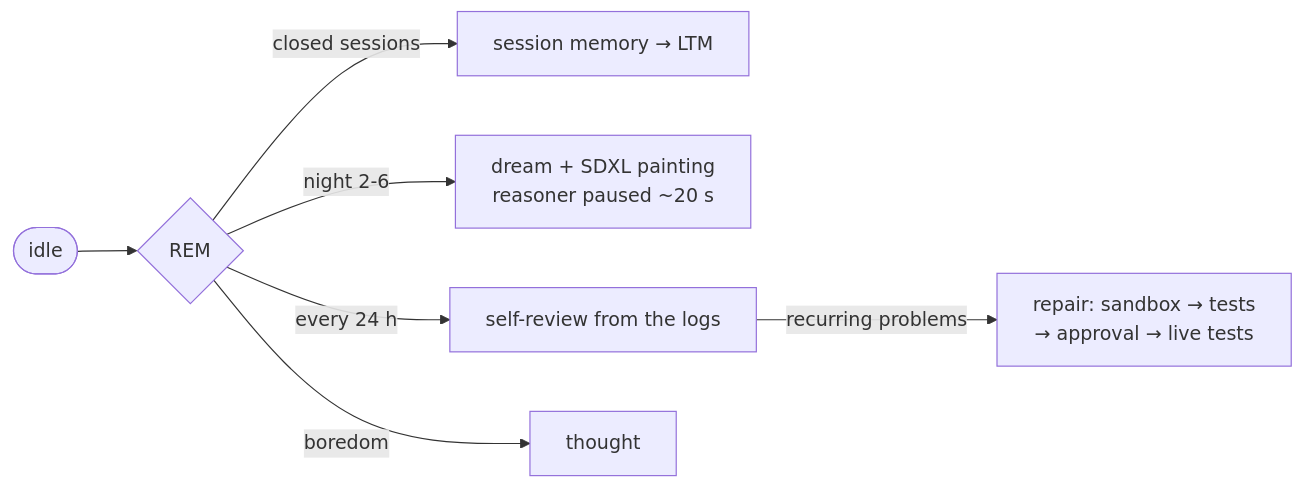
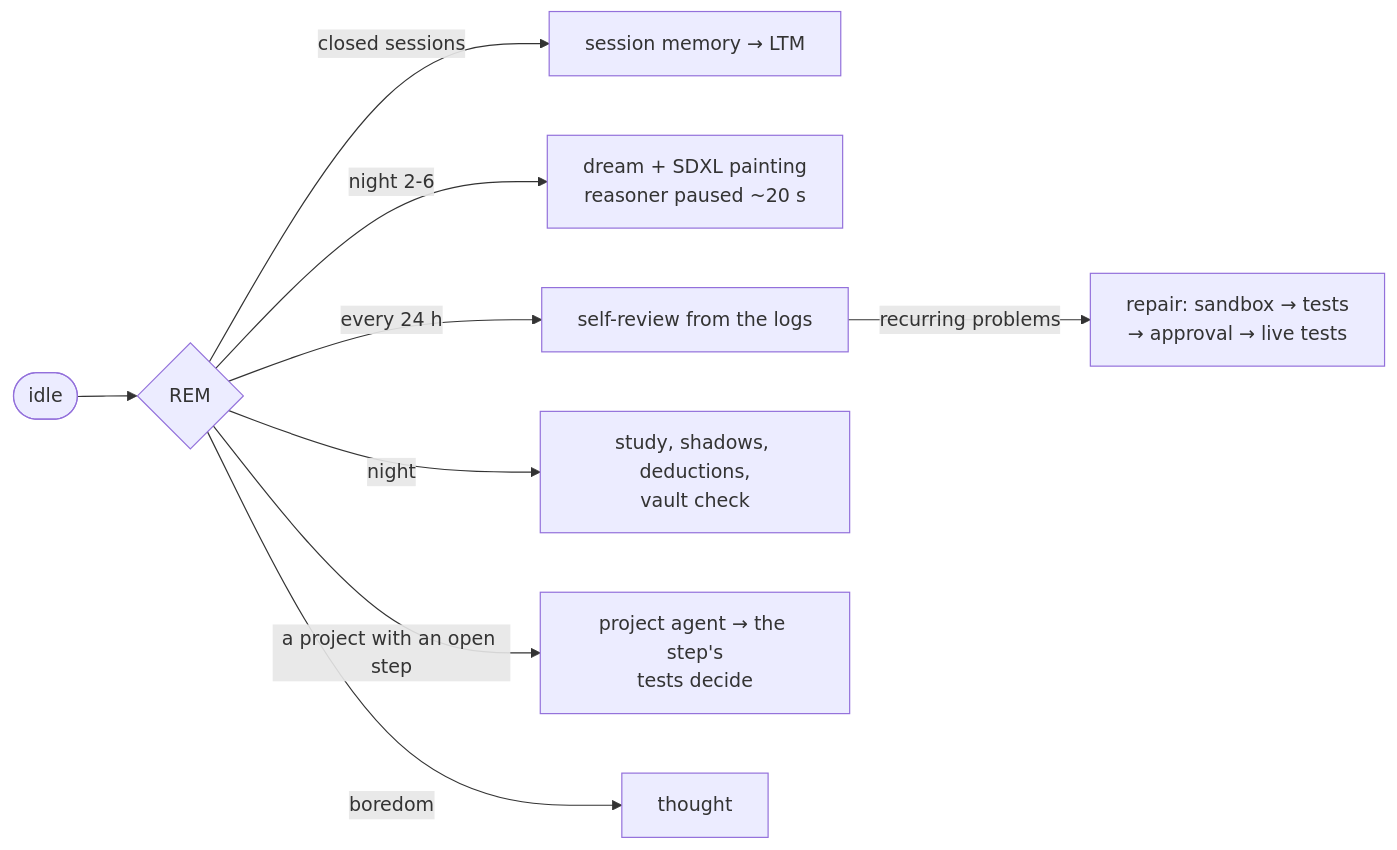
Before and after one commit to Soliton0382/A.U.R.O.R.A.: the fourth of 4 diagrams in README.en.md, drawn with Mermaid. The commit also changed other lines of this file and 36 other files, not shown here.

Commit message:
AGI 0.958: web explanations read their pages, a not-found in other words is a not-found; Whisper on the GPU when it has room (40x faster); reasoner split 4.7/3.3; hybrid search measured end to end; README: shadow figure, hybrid search, new charts; no stray files at the root

````diff
--- a/README.en.md
+++ b/README.en.md
@@ -210,9 +227,11 @@
 ```mermaid
 flowchart LR
   I([idle]) --> C{REM}
   C -- closed sessions --> S[session memory → LTM]
   C -- night 2-6 --> D[dream + SDXL painting<br/>reasoner paused ~20 s]
   C -- every 24 h --> R[self-review from the logs]
   R -- recurring problems --> P[repair: sandbox → tests<br/>→ approval → live tests]
+  C -- night --> N[study, shadows, deductions,<br/>vault check]
+  C -- a project with an open step --> J[project agent → the step's<br/>tests decide]
   C -- boredom --> T[thought]
 ```
````
